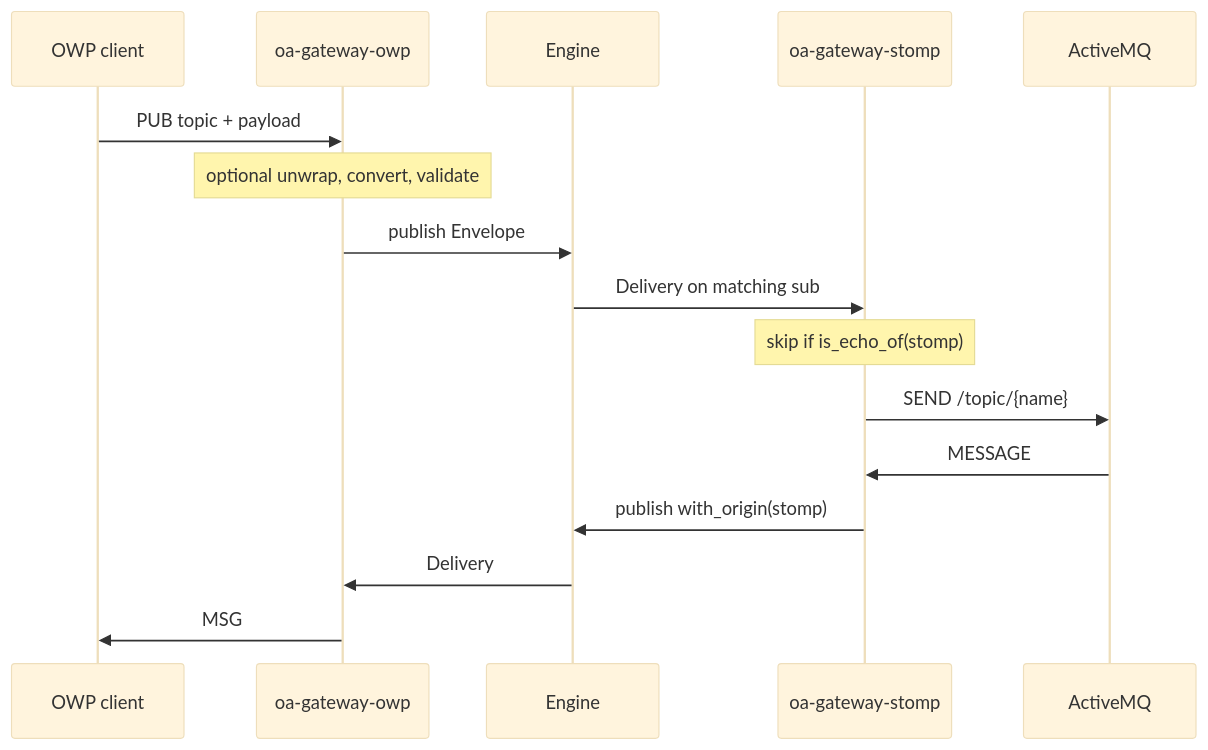
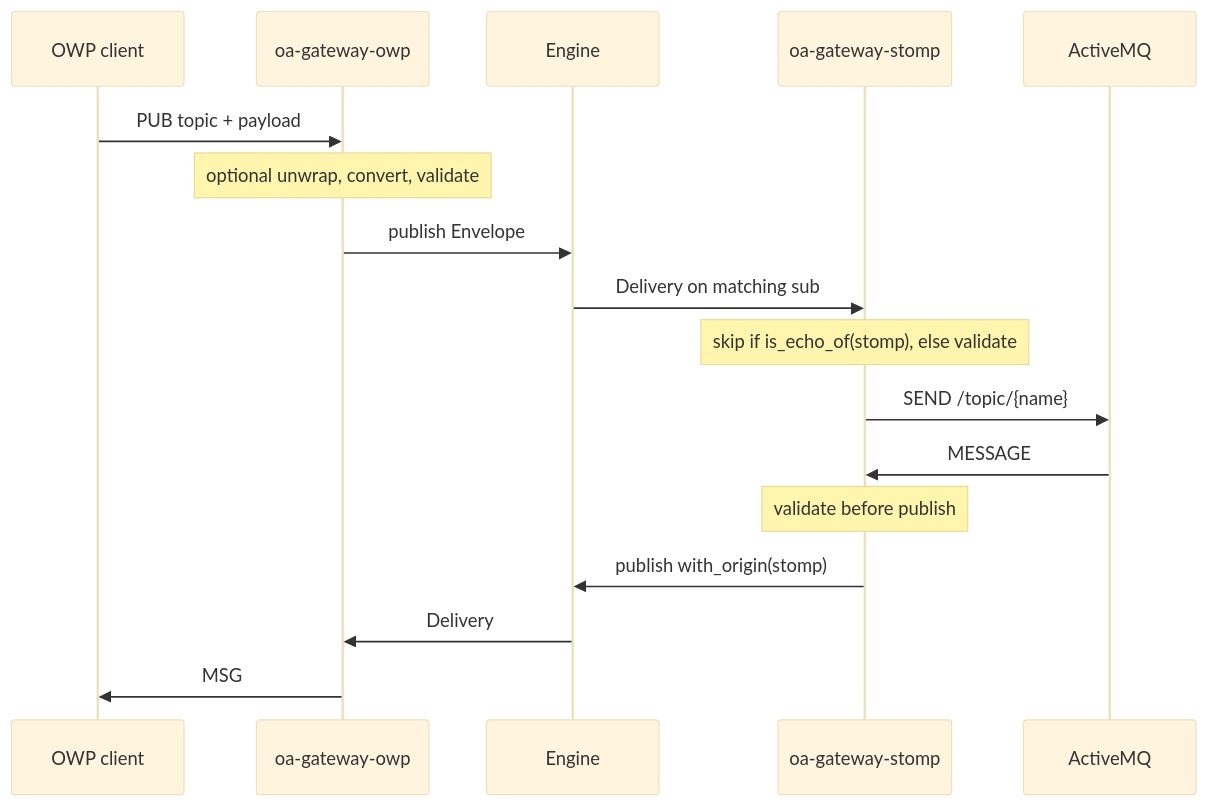
Before and after one commit to OpenAutonomy/oa-gateway: the second of 2 diagrams in docs/architecture.md, drawn with Mermaid (base theme). The commit also changed other lines of this file and 11 other files, not shown here.

First line of the commit message:
Validate STOMP traffic against the UCI/A-GRA schema, both directions (#68)

````diff
--- a/docs/architecture.md
+++ b/docs/architecture.md
@@ -129,20 +130,21 @@
 ```mermaid
 sequenceDiagram
   participant WS as OWP client
   participant OWP as oa-gateway-owp
   participant Eng as Engine
   participant STOMP as oa-gateway-stomp
   participant AMQ as ActiveMQ
 
   WS->>OWP: PUB topic + payload
   Note over OWP: optional unwrap, convert, validate
   OWP->>Eng: publish Envelope
   Eng->>STOMP: Delivery on matching sub
-  Note over STOMP: skip if is_echo_of(stomp)
+  Note over STOMP: skip if is_echo_of(stomp), else validate
   STOMP->>AMQ: SEND /topic/{name}
 
   AMQ->>STOMP: MESSAGE
+  Note over STOMP: validate before publish
   STOMP->>Eng: publish with_origin(stomp)
   Eng->>OWP: Delivery
   OWP->>WS: MSG
 ```
````
